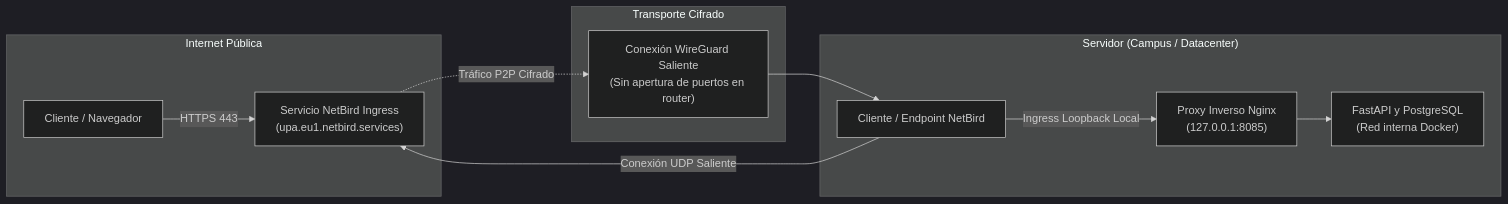
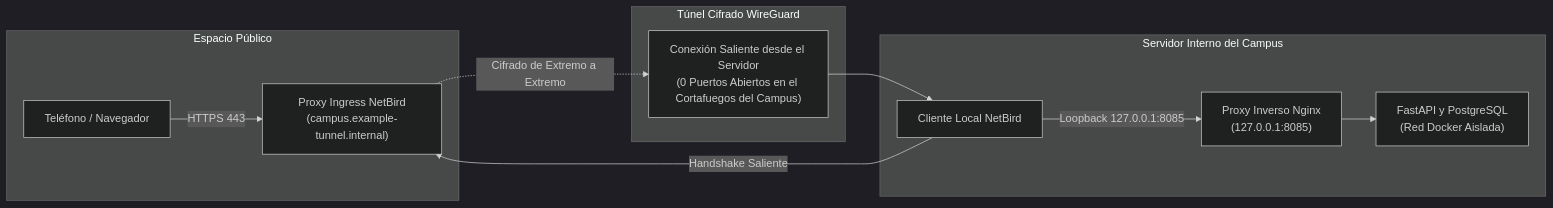
The third of 3 diagrams in content/posts/upa-campus-app-architecture-part-3/index.es.md (Pascal-Thommen/pascal-thommen.github.io), drawn with Mermaid (dark theme) before and after one commit. The commit also changed other lines of this file and 20 other files, not shown here.

Commit message:
feat(posts): refine UPA Campus App architecture series with holistic webapp mental model and specification depth

````diff
--- a/content/posts/upa-campus-app-architecture-part-3/index.es.md
+++ b/content/posts/upa-campus-app-architecture-part-3/index.es.md
@@ -88,22 +111,22 @@
 ```mermaid
 flowchart LR
-    subgraph RedPublica["Internet Pública"]
-        Client["Cliente / Navegador"]
-        NetBirdCloud["Servicio NetBird Ingress\n(upa.eu1.netbird.services)"]
+    subgraph PublicNet["Espacio Público"]
+        Client["Teléfono / Navegador"]
+        NetBirdIngress["Proxy Ingress NetBird\n(campus.example-tunnel.internal)"]
     end
-    subgraph MecanismoTunel["Transporte Cifrado"]
-        Outbound["Conexión WireGuard Saliente\n(Sin apertura de puertos en router)"]
+    subgraph TunnelMechanism["Túnel Cifrado WireGuard"]
+        Outbound["Conexión Saliente desde el Servidor\n(0 Puertos Abiertos en el Cortafuegos del Campus)"]
     end
-    subgraph ServidorPrivado["Servidor (Campus / Datacenter)"]
-        NetBirdDaemon["Cliente / Endpoint NetBird"]
+    subgraph PrivateServer["Servidor Interno del Campus"]
+        NetBirdDaemon["Cliente Local NetBird"]
         Nginx["Proxy Inverso Nginx\n(127.0.0.1:8085)"]
-        AppServices["FastAPI y PostgreSQL\n(Red interna Docker)"]
+        AppServices["FastAPI y PostgreSQL\n(Red Docker Aislada)"]
     end
 
-    Client -->|HTTPS 443| NetBirdCloud
-    NetBirdDaemon -->|Conexión UDP Saliente| NetBirdCloud
-    NetBirdCloud -.->|Tráfico P2P Cifrado| Outbound
+    Client -->|HTTPS 443| NetBirdIngress
+    NetBirdDaemon -->|Handshake Saliente| NetBirdIngress
+    NetBirdIngress -.->|Cifrado de Extremo a Extremo| Outbound
     Outbound --> NetBirdDaemon
-    NetBirdDaemon -->|Ingress Loopback Local| Nginx
+    NetBirdDaemon -->|Loopback 127.0.0.1:8085| Nginx
     Nginx --> AppServices
 ```
````
